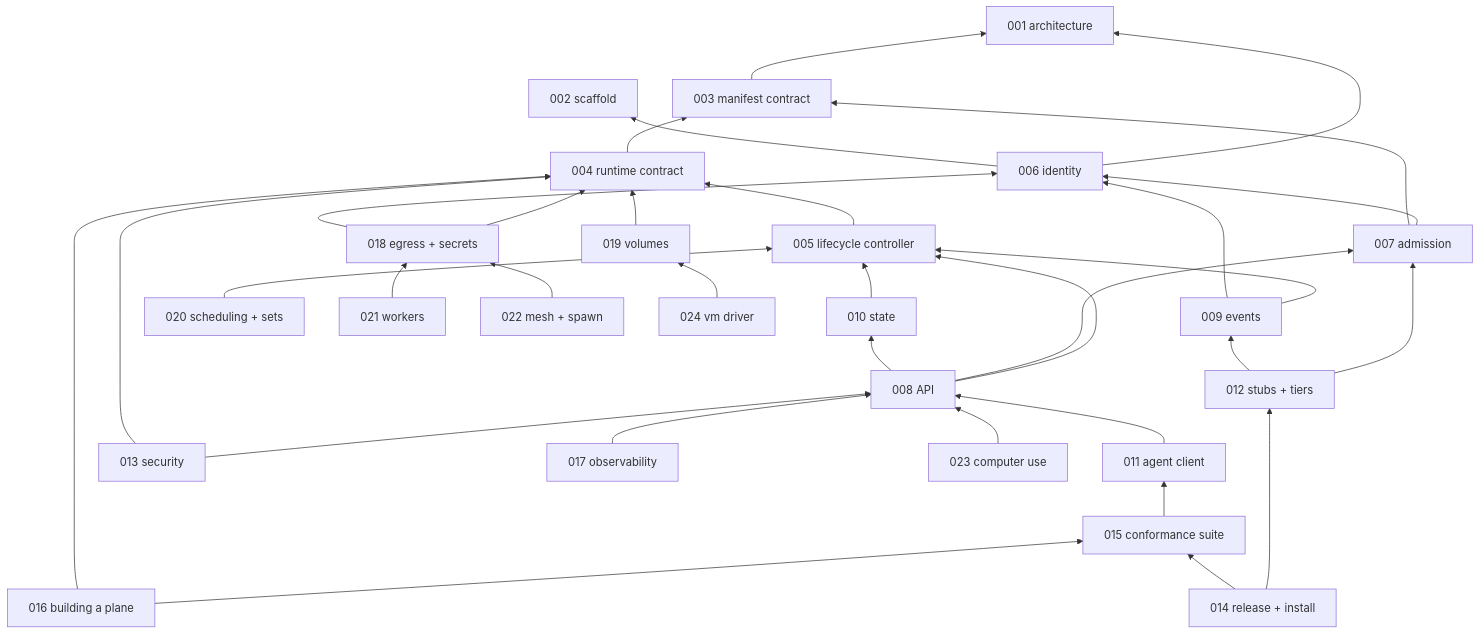
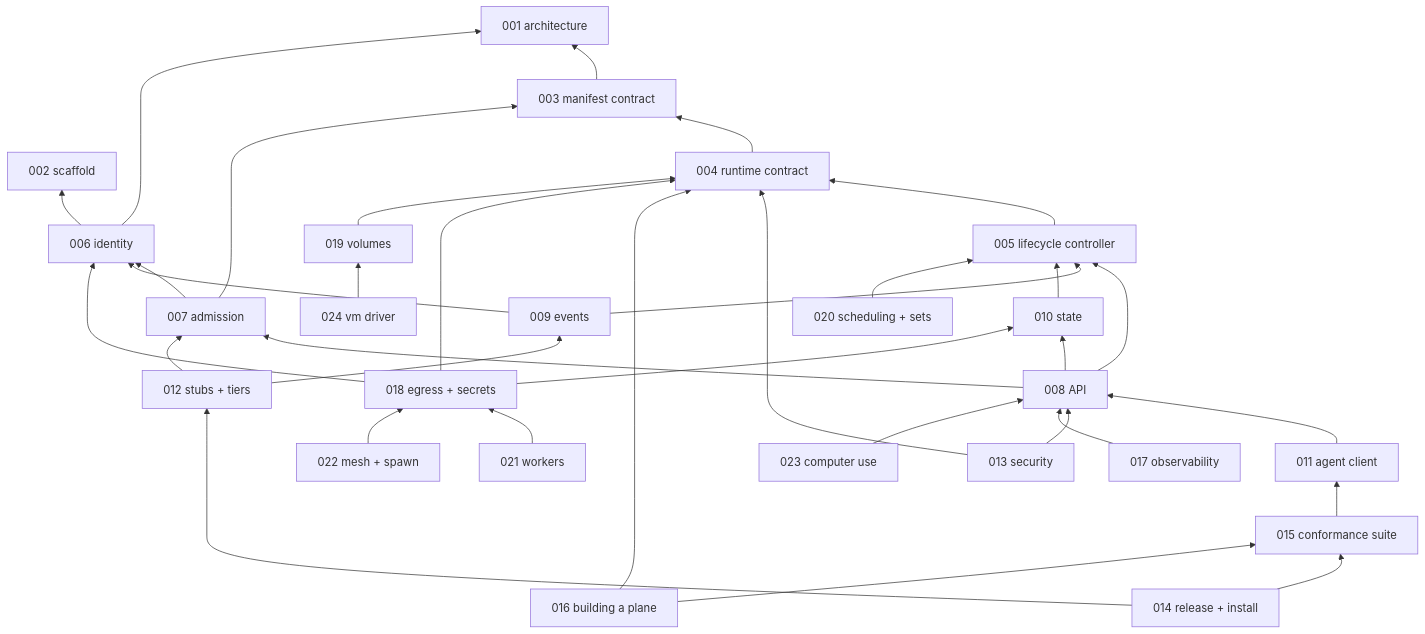
One commit to latere-ai/cella changed the second of 2 diagrams in specs/README.md. Above: the diagram before and after it, drawn with Mermaid. The commit also changed other lines of this file and 10 other files, not shown here.

````diff
--- a/specs/README.md
+++ b/specs/README.md
@@ -82,59 +82,60 @@
 ```mermaid
 flowchart BT
   S001[001 architecture]
   S002[002 scaffold]
   S003[003 manifest contract]
   S004[004 runtime contract]
   S005[005 lifecycle controller]
   S006[006 identity]
   S007[007 admission]
   S008[008 API]
   S009[009 events]
   S010[010 state]
   S011[011 agent client]
   S012[012 stubs + tiers]
   S013[013 security]
   S014[014 release + install]
   S015[015 conformance suite]
   S016[016 building a plane]
   S017[017 observability]
   S018[018 egress + secrets]
   S019[019 volumes]
   S020[020 scheduling + sets]
   S021[021 workers]
   S022[022 mesh + spawn]
   S023[023 computer use]
   S024[024 vm driver]
   S003 --> S001
   S004 --> S003
   S005 --> S004
   S006 --> S001
   S006 --> S002
   S007 --> S006
   S007 --> S003
   S008 --> S005
   S008 --> S007
   S008 --> S010
   S009 --> S005
   S009 --> S006
   S010 --> S005
   S011 --> S008
   S012 --> S007
   S012 --> S009
   S013 --> S008
   S013 --> S004
   S014 --> S012
   S014 --> S015
   S015 --> S011
   S016 --> S015
   S016 --> S004
   S017 --> S008
   S018 --> S004
   S018 --> S006
+  S018 --> S010
   S019 --> S004
   S020 --> S005
   S021 --> S018
   S022 --> S018
   S023 --> S008
   S024 --> S019
 ```
````
